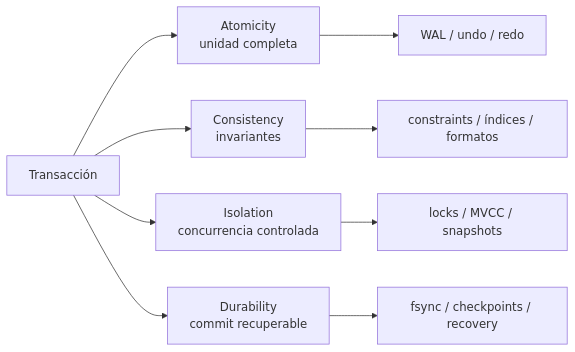
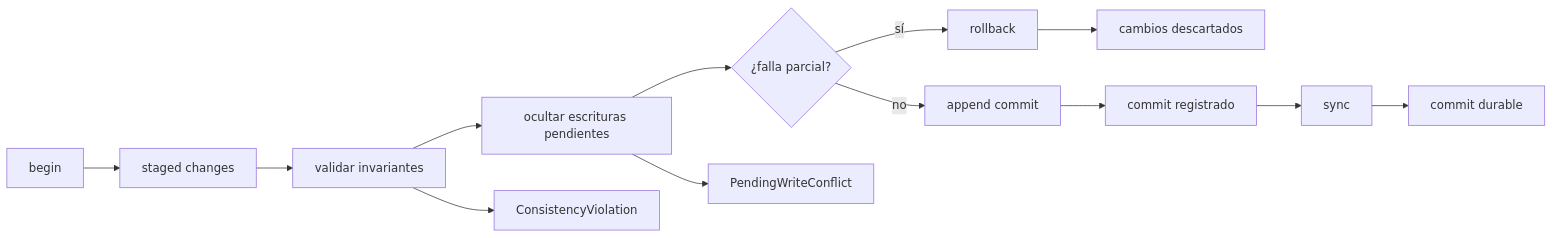
Before and after one commit to jeresoftx/rust-database-internals: the diagram in docs/05-acid.md, drawn with Mermaid. The commit also changed other lines of this file and 14 other files, not shown here.

````diff
--- a/docs/05-acid.md
+++ b/docs/05-acid.md
@@ -184,12 +284,18 @@
 ```mermaid
 flowchart LR
-    tx["Transacción"] --> atomicity["Atomicity\nunidad completa"]
-    tx --> consistency["Consistency\ninvariantes"]
-    tx --> isolation["Isolation\nconcurrencia controlada"]
-    tx --> durability["Durability\ncommit recuperable"]
+    start["begin"] --> stage["staged changes"]
+    stage --> validate["validar invariantes"]
+    validate --> isolate["ocultar escrituras pendientes"]
+    isolate --> decision{"¿falla parcial?"}
 
-    atomicity --> wal["WAL / undo / redo"]
-    consistency --> constraints["constraints / índices / formatos"]
-    isolation --> mvcc["locks / MVCC / snapshots"]
-    durability --> recovery["fsync / checkpoints / recovery"]
+    decision -->|sí| rollback["rollback"]
+    rollback --> discarded["cambios descartados"]
+
+    decision -->|no| append["append commit"]
+    append --> visible["commit registrado"]
+    visible --> sync["sync"]
+    sync --> durable["commit durable"]
+
+    validate --> rejected["ConsistencyViolation"]
+    isolate --> conflict["PendingWriteConflict"]
 ```
````
